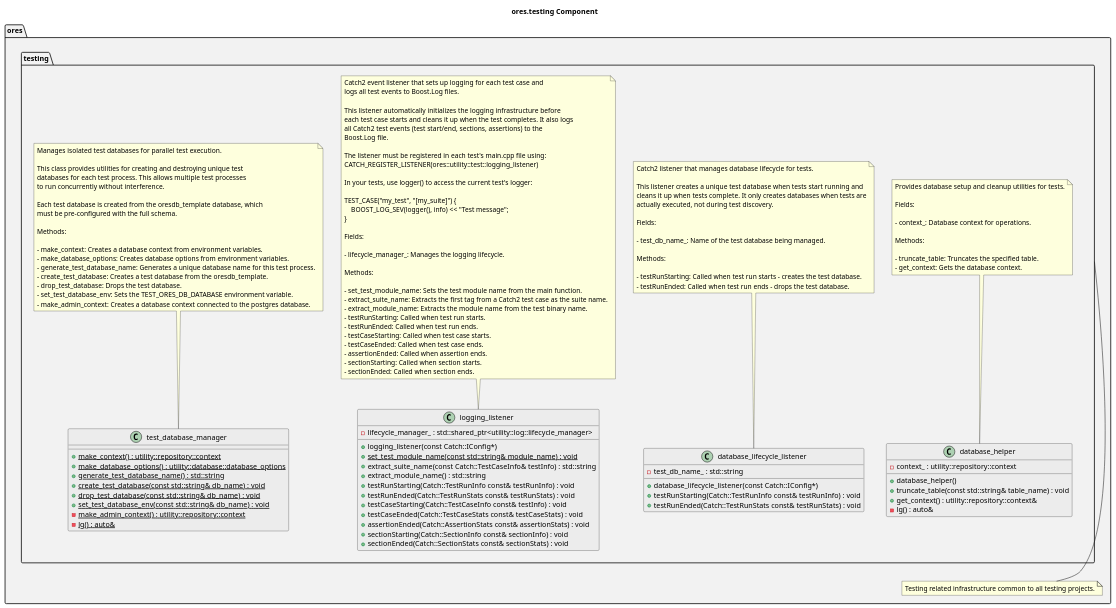
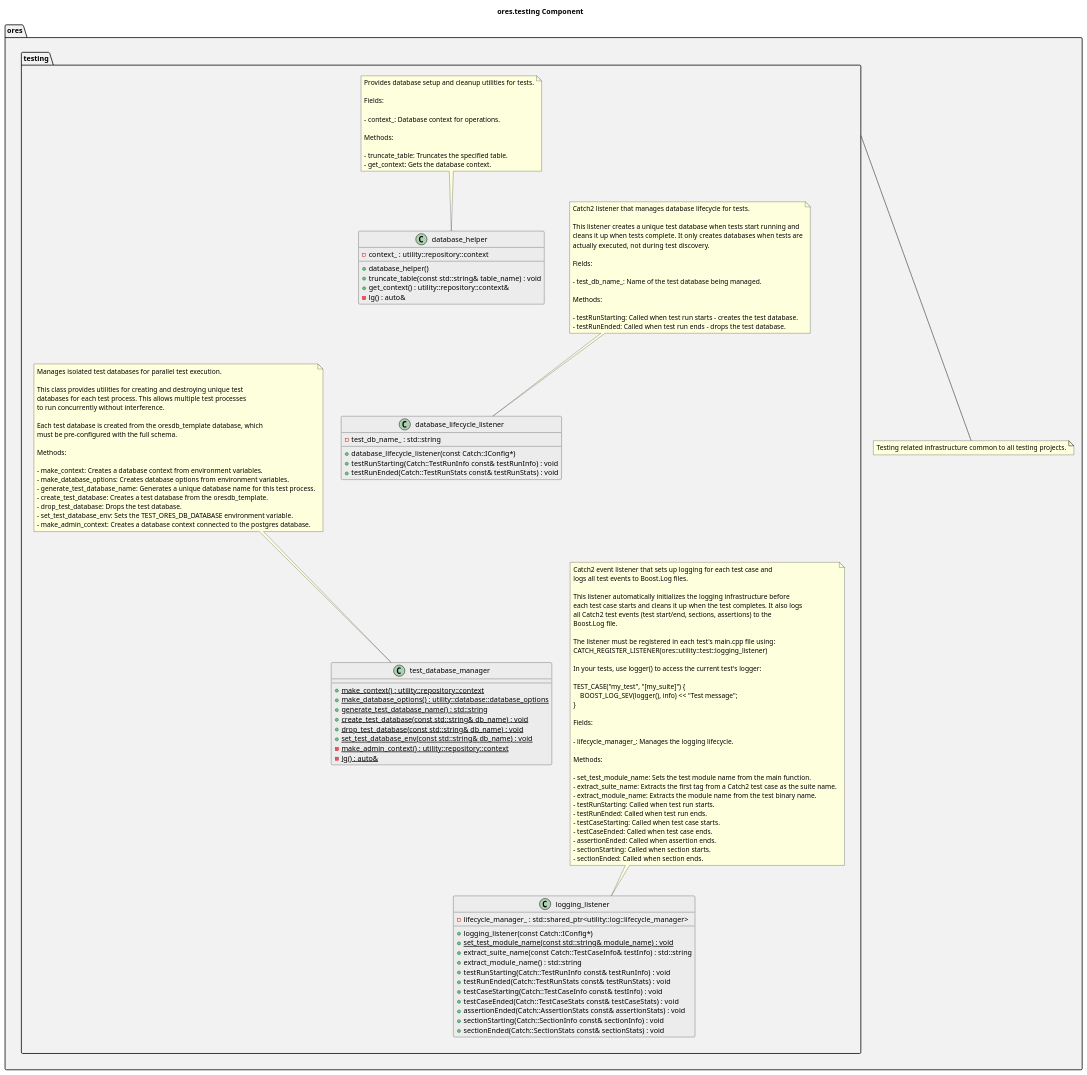
The diagram in projects/ores.testing/modeling/ores.testing.puml (OreStudio/OreStudio), drawn with PlantUML before and after one commit. The commit also changed 21 other files, not shown here.

Commit message:
[modeling] Improve layout of all PlantUML diagrams with grouping

```diff
--- a/projects/ores.testing/modeling/ores.testing.puml
+++ b/projects/ores.testing/modeling/ores.testing.puml
@@ -17,144 +17,169 @@
 @startuml
 
 title ores.testing Component
 
 set namespaceSeparator ::
 
 namespace ores #F2F2F2 {
     note "Testing related infrastructure common to all testing projects." as ores_testing_note
     testing --- ores_testing_note
     namespace testing #F2F2F2 {
+        '
+        ' Layout groupings
+        '
+
+        ' Group: Database utilities
+        together {
+            class database_helper
+            class database_lifecycle_listener
+            class test_database_manager
+        }
+
+        ' Group: Logging
+        together {
+            class logging_listener
+        }
+
+        ' Stack vertically
+        database_helper -[hidden]down- database_lifecycle_listener
+        database_lifecycle_listener -[hidden]down- test_database_manager
+        test_database_manager -[hidden]down- logging_listener
+
+        '
+        ' Class definitions
+        '
+
         class database_helper #ECECEC {
             +database_helper()
             +truncate_table(const std::string& table_name) : void
             +get_context() : utility::repository::context&
             -{method} lg() : auto&
             -{field} context_ : utility::repository::context
         }
 
         note top of database_helper
         Provides database setup and cleanup utilities for tests.
 
         Fields:
 
         - context_: Database context for operations.
 
         Methods:
 
         - truncate_table: Truncates the specified table.
         - get_context: Gets the database context.
         end note
 
         class database_lifecycle_listener #ECECEC {
             +database_lifecycle_listener(const Catch::IConfig*)
             +testRunStarting(Catch::TestRunInfo const& testRunInfo) : void
             +testRunEnded(Catch::TestRunStats const& testRunStats) : void
             -{field} test_db_name_ : std::string
         }
 
         note top of database_lifecycle_listener
         Catch2 listener that manages database lifecycle for tests.
 
         This listener creates a unique test database when tests start running and
         cleans it up when tests complete. It only creates databases when tests are
         actually executed, not during test discovery.
 
         Fields:
 
         - test_db_name_: Name of the test database being managed.
 
         Methods:
 
         - testRunStarting: Called when test run starts - creates the test database.
         - testRunEnded: Called when test run ends - drops the test database.
         end note
 
         class logging_listener #ECECEC {
             +logging_listener(const Catch::IConfig*)
             +{static} set_test_module_name(const std::string& module_name) : void
             +extract_suite_name(const Catch::TestCaseInfo& testInfo) : std::string
             +extract_module_name() : std::string
             +testRunStarting(Catch::TestRunInfo const& testRunInfo) : void
             +testRunEnded(Catch::TestRunStats const& testRunStats) : void
             +testCaseStarting(Catch::TestCaseInfo const& testInfo) : void
             +testCaseEnded(Catch::TestCaseStats const& testCaseStats) : void
             +assertionEnded(Catch::AssertionStats const& assertionStats) : void
             +sectionStarting(Catch::SectionInfo const& sectionInfo) : void
             +sectionEnded(Catch::SectionStats const& sectionStats) : void
             -{field} lifecycle_manager_ : std::shared_ptr<utility::log::lifecycle_manager>
         }
 
         note top of logging_listener
         Catch2 event listener that sets up logging for each test case and
         logs all test events to Boost.Log files.
 
         This listener automatically initializes the logging infrastructure before
         each test case starts and cleans it up when the test completes. It also logs
         all Catch2 test events (test start/end, sections, assertions) to the
         Boost.Log file.
 
         The listener must be registered in each test's main.cpp file using:
         CATCH_REGISTER_LISTENER(ores::utility::test::logging_listener)
 
         In your tests, use logger() to access the current test's logger:
 
         TEST_CASE("my_test", "[my_suite]") {
             BOOST_LOG_SEV(logger(), info) << "Test message";
         }
 
         Fields:
 
         - lifecycle_manager_: Manages the logging lifecycle.
 
         Methods:
 
         - set_test_module_name: Sets the test module name from the main function.
         - extract_suite_name: Extracts the first tag from a Catch2 test case as the suite name.
         - extract_module_name: Extracts the module name from the test binary name.
         - testRunStarting: Called when test run starts.
         - testRunEnded: Called when test run ends.
         - testCaseStarting: Called when test case starts.
         - testCaseEnded: Called when test case ends.
         - assertionEnded: Called when assertion ends.
         - sectionStarting: Called when section starts.
         - sectionEnded: Called when section ends.
         end note
 
         class test_database_manager #ECECEC {
             +{static} make_context() : utility::repository::context
             +{static} make_database_options() : utility::database::database_options
             +{static} generate_test_database_name() : std::string
             +{static} create_test_database(const std::string& db_name) : void
             +{static} drop_test_database(const std::string& db_name) : void
             +{static} set_test_database_env(const std::string& db_name) : void
             -{static} make_admin_context() : utility::repository::context
             -{static} lg() : auto&
         }
 
         note top of test_database_manager
         Manages isolated test databases for parallel test execution.
 
         This class provides utilities for creating and destroying unique test
         databases for each test process. This allows multiple test processes
         to run concurrently without interference.
 
         Each test database is created from the oresdb_template database, which
         must be pre-configured with the full schema.
 
         Methods:
 
         - make_context: Creates a database context from environment variables.
         - make_database_options: Creates database options from environment variables.
         - generate_test_database_name: Generates a unique database name for this test process.
         - create_test_database: Creates a test database from the oresdb_template.
         - drop_test_database: Drops the test database.
         - set_test_database_env: Sets the TEST_ORES_DB_DATABASE environment variable.
         - make_admin_context: Creates a database context connected to the postgres database.
         end note
     }
 }
 
 ' Local Variables:
 ' compile-command: "java -Djava.awt.headless=true -DPLANTUML_SECURITY_PROFILE=UNSECURE -DPLANTUML_LIMIT_SIZE=65535 -jar /usr/share/plantuml/plantuml.jar ores.testing.puml"
 ' End:
 @enduml
```
